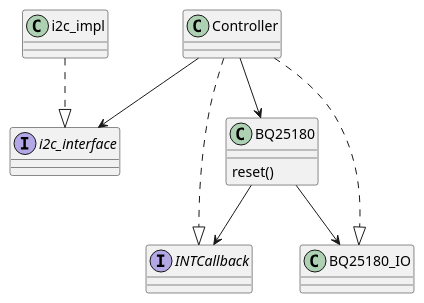
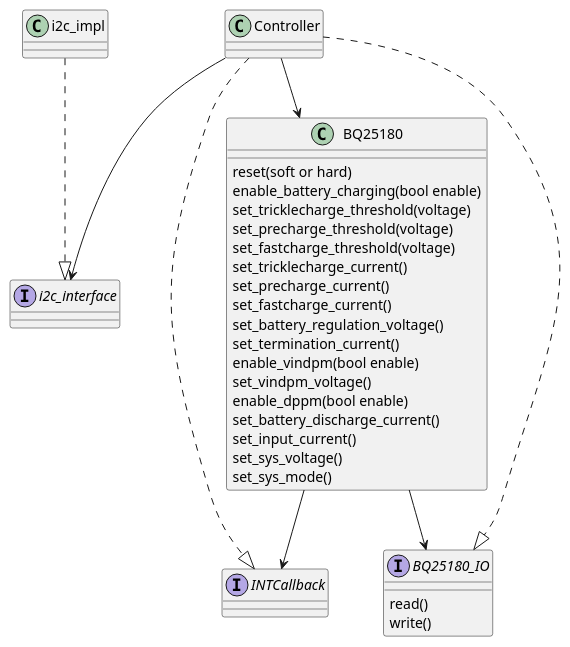
The diagram in docs/sphinx/api/pmu.rst (libmcu/firmware), drawn with PlantUML before and after one commit. The commit also changed other lines of this file and 3 other files, not shown here.

```diff
--- a/docs/sphinx/api/pmu.rst
+++ b/docs/sphinx/api/pmu.rst
@@ -7,15 +7,35 @@
 .. uml::
     :caption: A Class Diagram
 
     interface i2c_interface {}
     interface INTCallback {}
+    interface BQ25180_IO {
+        read()
+        write()
+    }
     class BQ25180 {
-        reset()
+        reset(soft or hard)
+        enable_battery_charging(bool enable)
+        set_tricklecharge_threshold(voltage)
+        set_precharge_threshold(voltage)
+        set_fastcharge_threshold(voltage)
+        set_tricklecharge_current()
+        set_precharge_current()
+        set_fastcharge_current()
+        set_battery_regulation_voltage()
+        set_termination_current()
+        enable_vindpm(bool enable)
+        set_vindpm_voltage()
+        enable_dppm(bool enable)
+        set_battery_discharge_current()
+        set_input_current()
+        set_sys_voltage()
+        set_sys_mode()
     }
     Controller --> BQ25180
     Controller --> i2c_interface
     Controller ..|> INTCallback
     Controller ..|> BQ25180_IO
     i2c_impl ..|> i2c_interface
     BQ25180 --> INTCallback
     BQ25180 --> BQ25180_IO
```
